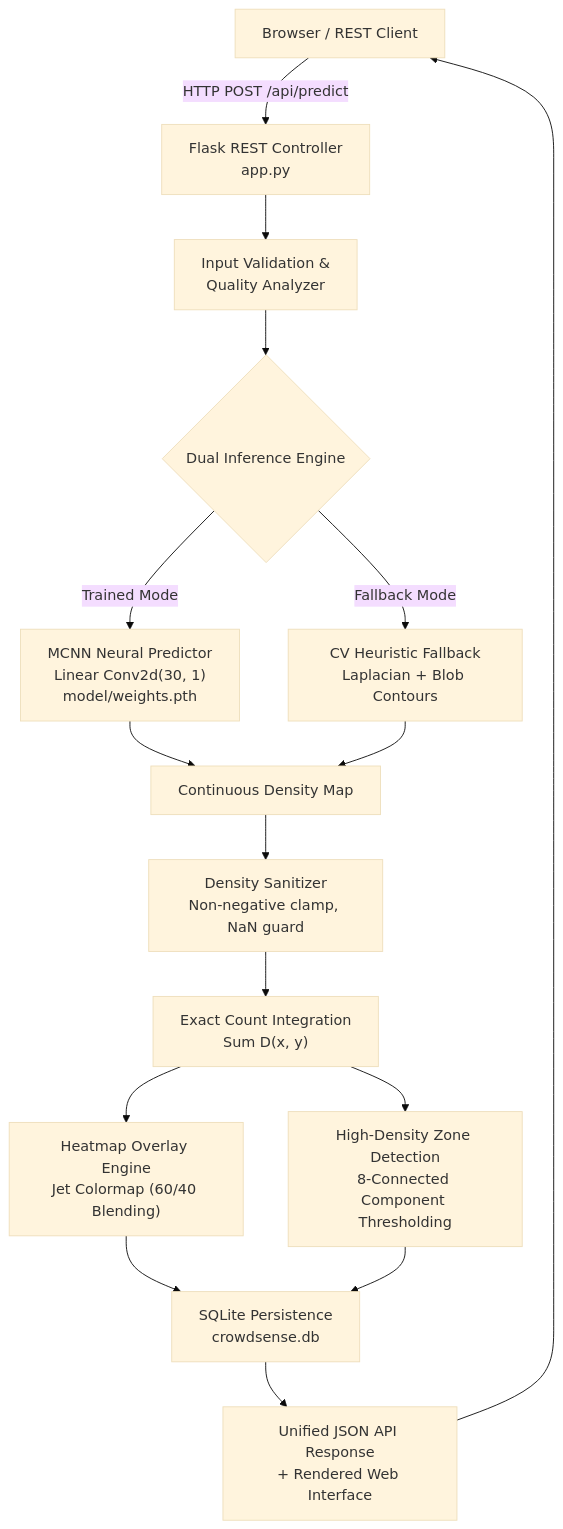
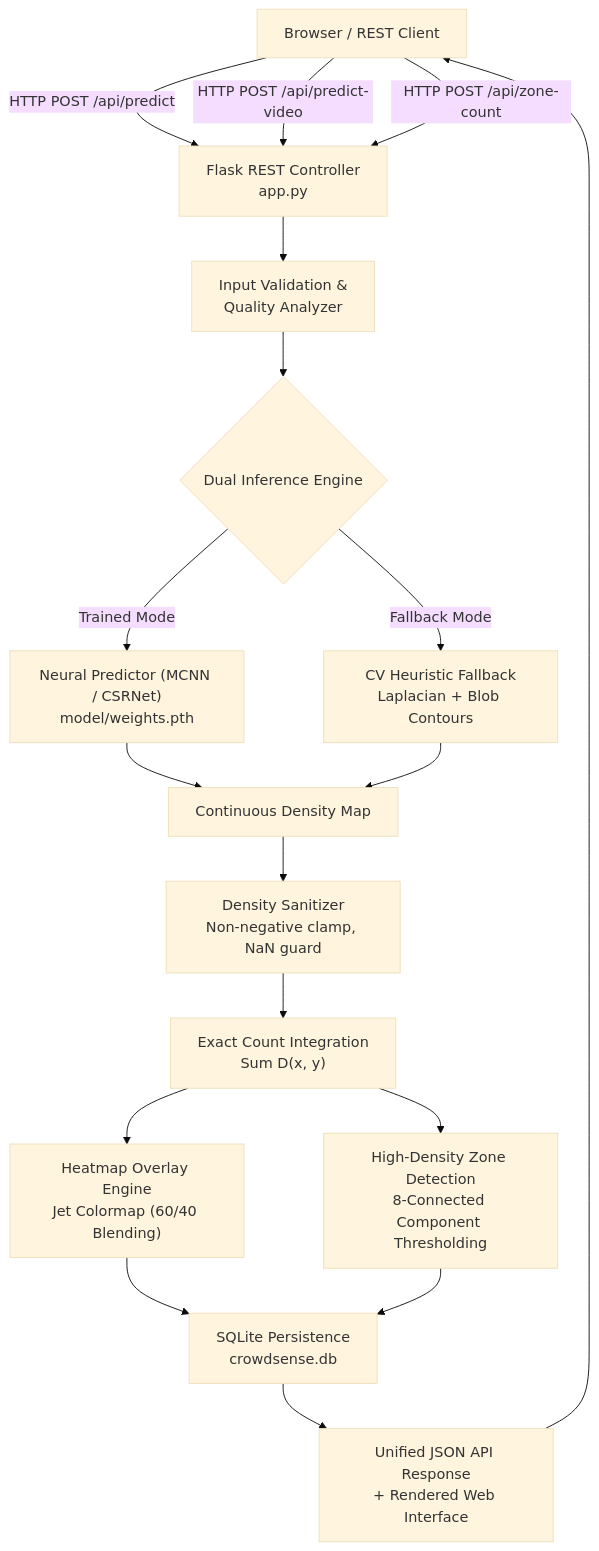
One commit to Akhil-jatoth/my-ai-project changed the fourth of 4 diagrams in SCIENTIFIC_REPORT.md. Above: the diagram before and after it, drawn with Mermaid (base theme). The commit also changed other lines of this file and 3 other files, not shown here.

````diff
--- a/SCIENTIFIC_REPORT.md
+++ b/SCIENTIFIC_REPORT.md
@@ -337,25 +430,27 @@
 ```mermaid
 graph TD
     Client["Browser / REST Client"] -->|HTTP POST /api/predict| API["Flask REST Controller<br/>app.py"]
+    Client -->|HTTP POST /api/predict-video| API
+    Client -->|HTTP POST /api/zone-count| API
     
     API --> ImgVal["Input Validation &<br/>Quality Analyzer"]
     ImgVal --> DualEngine{"Dual Inference Engine"}
     
-    DualEngine -->|Trained Mode| MCNNModel["MCNN Neural Predictor<br/>Linear Conv2d(30, 1)<br/>model/weights.pth"]
+    DualEngine -->|Trained Mode| MCNNModel["Neural Predictor (MCNN / CSRNet)<br/>model/weights.pth"]
     DualEngine -->|Fallback Mode| CVEngine["CV Heuristic Fallback<br/>Laplacian + Blob Contours"]
     
     MCNNModel --> DensMap["Continuous Density Map"]
     CVEngine --> DensMap
     
     DensMap --> DensitySanitizer["Density Sanitizer<br/>Non-negative clamp, NaN guard"]
     DensitySanitizer --> IntegralCalc["Exact Count Integration<br/>Sum D(x, y)"]
     
     IntegralCalc --> HeatmapGen["Heatmap Overlay Engine<br/>Jet Colormap (60/40 Blending)"]
     IntegralCalc --> RiskEngine["High-Density Zone Detection<br/>8-Connected Component Thresholding"]
     
     HeatmapGen --> DB["SQLite Persistence<br/>crowdsense.db"]
     RiskEngine --> DB
     
     DB --> JSONResp["Unified JSON API Response<br/>+ Rendered Web Interface"]
     JSONResp --> Client
 ```
````
